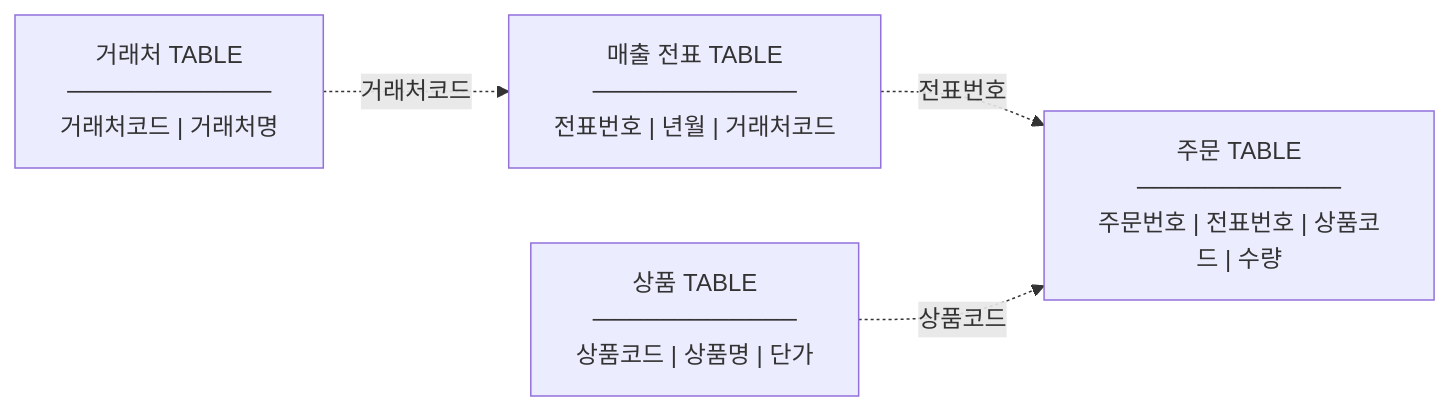
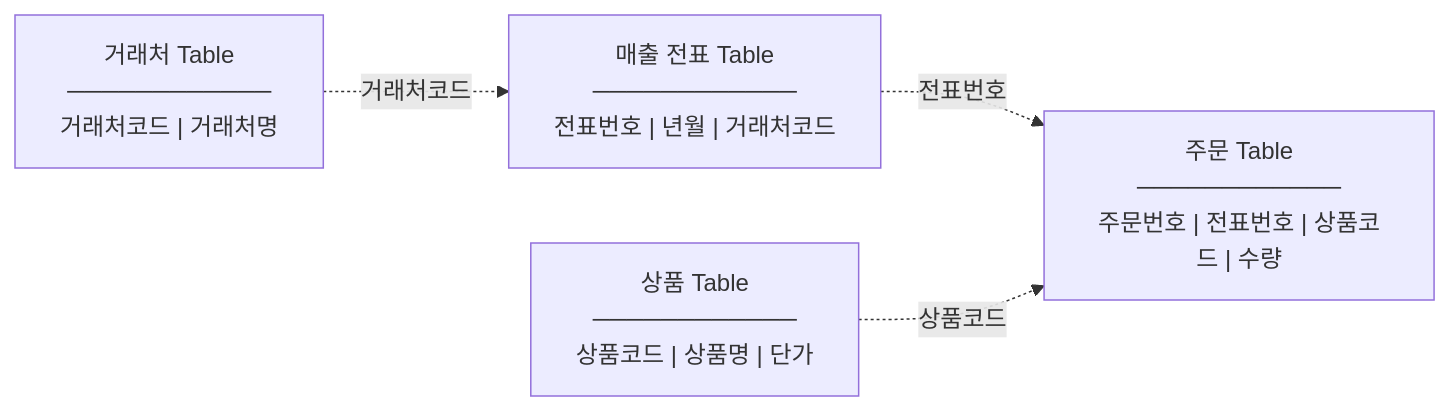
One commit to myPlutoZone/com.plutozone.knowledge changed the second of 13 diagrams in com/plutozone/knowledge/database/README.md. Above: the diagram before and after it, drawn with Mermaid. The commit also changed other lines of this file and 20 other files, not shown here.

````diff
--- a/com/plutozone/knowledge/database/README.md
+++ b/com/plutozone/knowledge/database/README.md
@@ -75,11 +77,11 @@
 ```mermaid
 flowchart LR
-	A["매출 전표 TABLE<br/>────────────<br/>전표번호 | 년월 | 거래처코드"]
-	B["거래처 TABLE<br/>────────────<br/>거래처코드 | 거래처명"]
-	C["주문 TABLE<br/>────────────<br/>주문번호 | 전표번호 | 상품코드 | 수량"]
-	D["상품 TABLE<br/>────────────<br/>상품코드 | 상품명 | 단가"]
+	A["매출 전표 Table<br/>────────────<br/>전표번호 | 년월 | 거래처코드"]
+	B["거래처 Table<br/>────────────<br/>거래처코드 | 거래처명"]
+	C["주문 Table<br/>────────────<br/>주문번호 | 전표번호 | 상품코드 | 수량"]
+	D["상품 Table<br/>────────────<br/>상품코드 | 상품명 | 단가"]
 
 	B -. 거래처코드 .-> A
 	A -. 전표번호 .-> C
 	D -. 상품코드 .-> C
 ```
````
